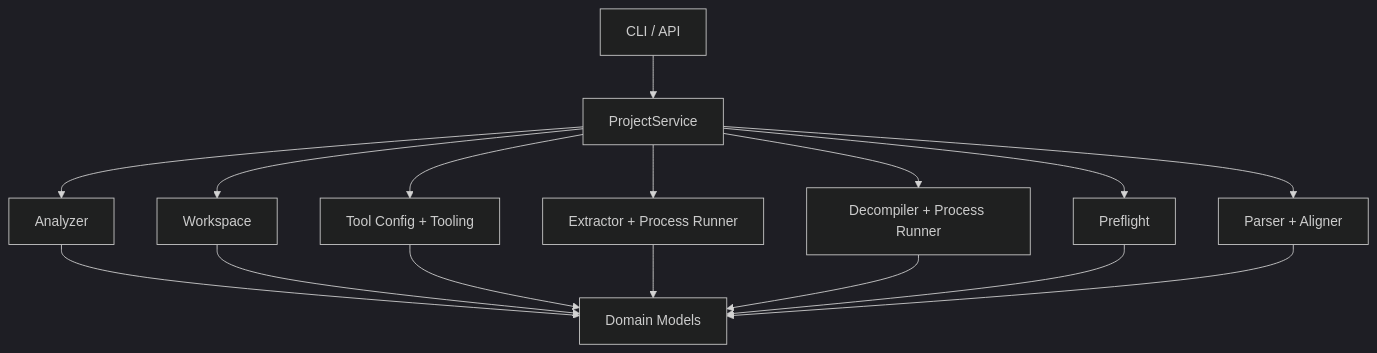
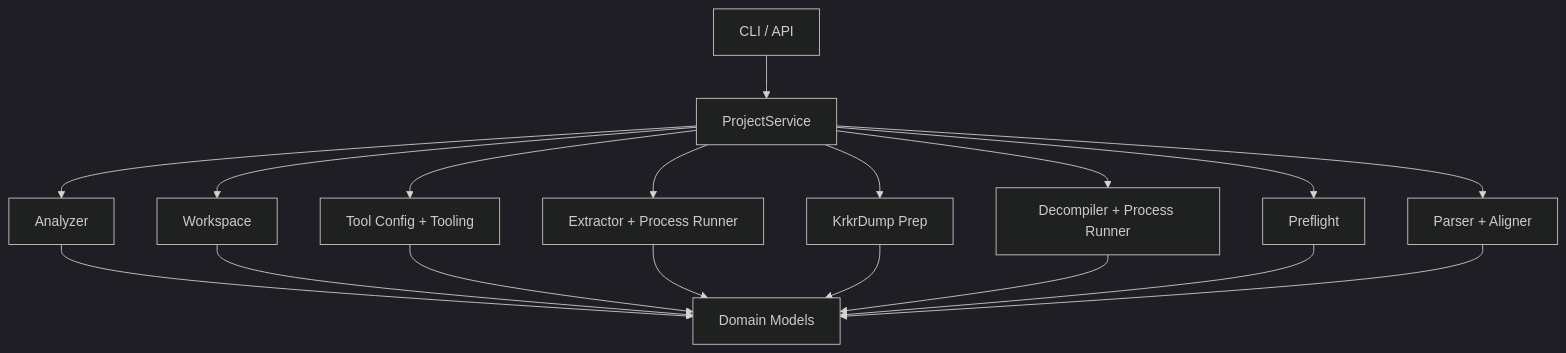
One commit to Palind-Rome/DuolinGal changed the diagram in docs/structure-and-runtime.zh-CN.md. Above: the diagram before and after it, drawn with Mermaid (dark theme). The commit also changed other lines of this file and 15 other files, not shown here.

````diff
--- a/docs/structure-and-runtime.zh-CN.md
+++ b/docs/structure-and-runtime.zh-CN.md
@@ -117,18 +95,20 @@
 ```mermaid
 flowchart TD
   A["CLI / API"] --> B["ProjectService"]
   B --> C["Analyzer"]
   B --> D["Workspace"]
   B --> E["Tool Config + Tooling"]
   B --> F["Extractor + Process Runner"]
-  B --> G["Decompiler + Process Runner"]
-  B --> H["Preflight"]
+  B --> G["KrkrDump Prep"]
+  B --> H["Decompiler + Process Runner"]
+  B --> I["Preflight"]
   B --> J["Parser + Aligner"]
-  C --> I["Domain Models"]
-  D --> I
-  E --> I
-  F --> I
-  G --> I
-  H --> I
-  J --> I
+  C --> K["Domain Models"]
+  D --> K
+  E --> K
+  F --> K
+  G --> K
+  H --> K
+  I --> K
+  J --> K
 ```
````
